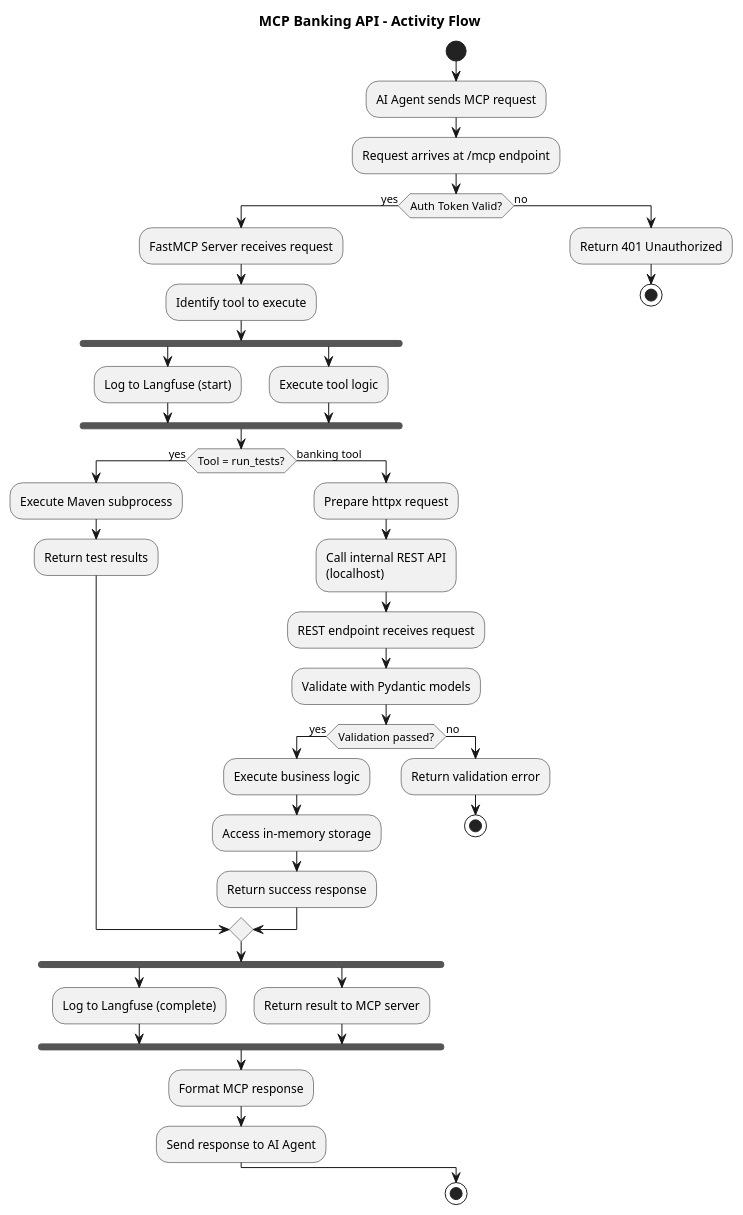
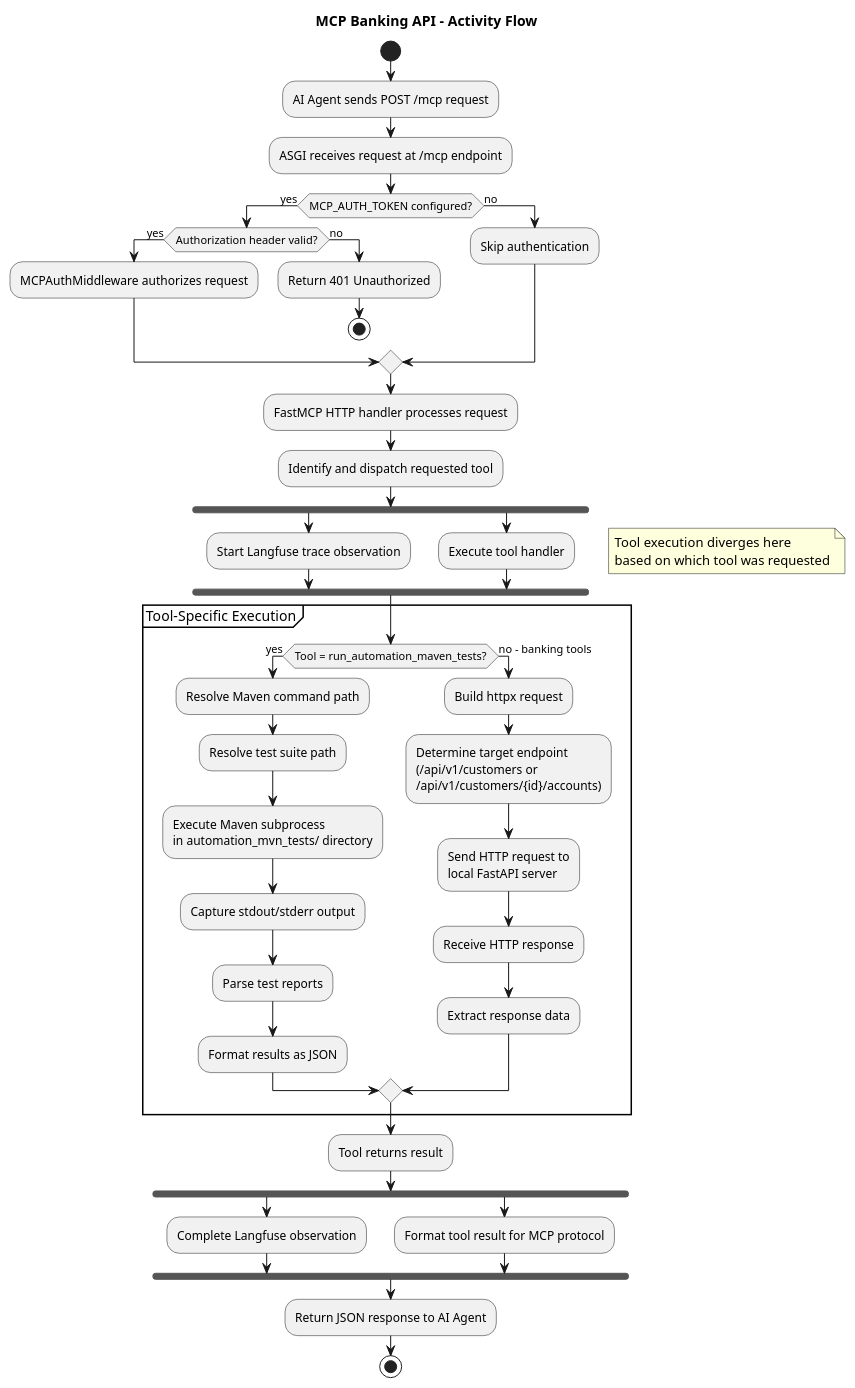
Before and after one commit to Yixin12345/custom_mcp_server_for_banking_apis: the diagram in Architecture/flowChart.puml, drawn with PlantUML. The commit also changed 7 other files, not shown here.

```diff
--- a/Architecture/flowChart.puml
+++ b/Architecture/flowChart.puml
@@ -1,61 +1,64 @@
 @startuml
 title MCP Banking API - Activity Flow
 
 start
 
-:AI Agent sends MCP request;
+:AI Agent sends POST /mcp request;
 
-:Request arrives at /mcp endpoint;
+:ASGI receives request at /mcp endpoint;
 
-if (Auth Token Valid?) then (yes)
-  :FastMCP Server receives request;
-  
-  :Identify tool to execute;
-  
-  fork
-    :Log to Langfuse (start);
-  fork again
-    :Execute tool logic;
-  end fork
-  
-  if (Tool = run_tests?) then (yes)
-    :Execute Maven subprocess;
-    :Return test results;
-  else (banking tool)
-    :Prepare httpx request;
-    :Call internal REST API\n(localhost);
-    
-    :REST endpoint receives request;
-    
-    :Validate with Pydantic models;
-    
-    if (Validation passed?) then (yes)
-      :Execute business logic;
-      
-      :Access in-memory storage;
-      
-      :Return success response;
-    else (no)
-      :Return validation error;
-      stop
-    endif
+if (MCP_AUTH_TOKEN configured?) then (yes)
+  if (Authorization header valid?) then (yes)
+    :MCPAuthMiddleware authorizes request;
+  else (no)
+    :Return 401 Unauthorized;
+    stop
   endif
-  
-  fork
-    :Log to Langfuse (complete);
-  fork again
-    :Return result to MCP server;
-  end fork
-  
-  :Format MCP response;
-  
-  :Send response to AI Agent;
-  
 else (no)
-  :Return 401 Unauthorized;
-  stop
+  :Skip authentication;
 endif
 
+:FastMCP HTTP handler processes request;
+
+:Identify and dispatch requested tool;
+
+fork
+  :Start Langfuse trace observation;
+fork again
+  :Execute tool handler;
+end fork
+
+note right
+  Tool execution diverges here
+  based on which tool was requested
+end note
+
+partition "Tool-Specific Execution" {
+  if (Tool = run_automation_maven_tests?) then (yes)
+    :Resolve Maven command path;
+    :Resolve test suite path;
+    :Execute Maven subprocess\nin automation_mvn_tests/ directory;
+    :Capture stdout/stderr output;
+    :Parse test reports;
+    :Format results as JSON;
+  else (no - banking tools)
+    :Build httpx request;
+    :Determine target endpoint\n(/api/v1/customers or\n/api/v1/customers/{id}/accounts);
+    :Send HTTP request to\nlocal FastAPI server;
+    :Receive HTTP response;
+    :Extract response data;
+  endif
+}
+
+:Tool returns result;
+
+fork
+  :Complete Langfuse observation;
+fork again
+  :Format tool result for MCP protocol;
+end fork
+
+:Return JSON response to AI Agent;
+
 stop
-
 @enduml
```
